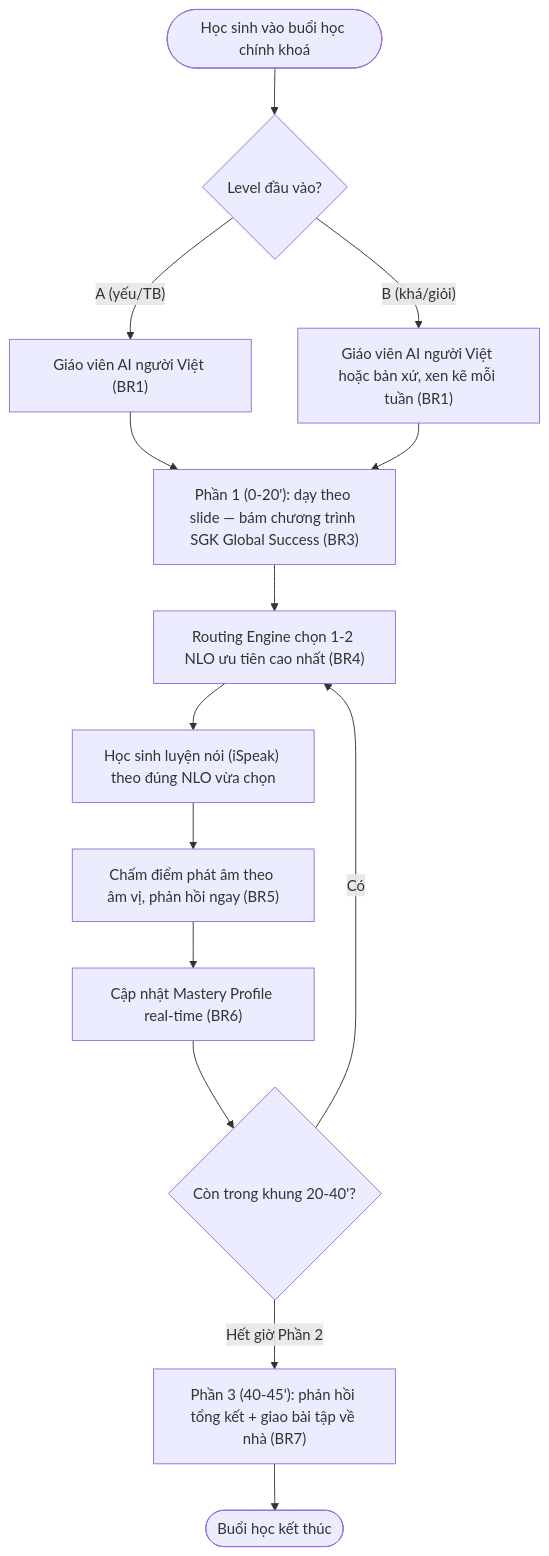
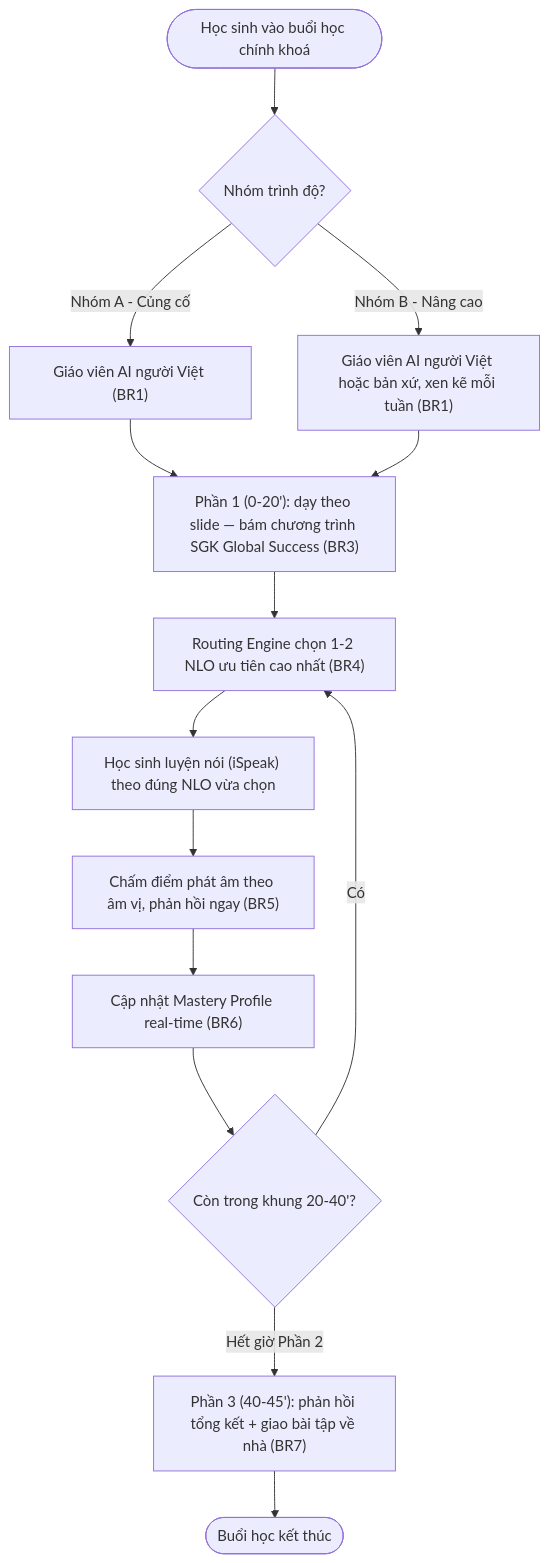
The diagram in 04_delivery/specs/ai-tutor/ai-tutor-1-1-buoi-hoc/AICNew-03-ai-tutor-1-1-buoi-hoc.md (landangedupia/edupia-product), drawn with Mermaid before and after one commit. The commit also changed other lines of this file and 37 other files, not shown here.

````diff
--- a/04_delivery/specs/ai-tutor/ai-tutor-1-1-buoi-hoc/AICNew-03-ai-tutor-1-1-buoi-hoc.md
+++ b/04_delivery/specs/ai-tutor/ai-tutor-1-1-buoi-hoc/AICNew-03-ai-tutor-1-1-buoi-hoc.md
@@ -140,17 +142,17 @@
 ```mermaid
 flowchart TD
-    START(["Học sinh vào buổi học chính khoá"]) --> LEVEL{"Level đầu vào?"}
-    LEVEL -->|"A (yếu/TB)"| TVN["Giáo viên AI người Việt (BR1)"]
-    LEVEL -->|"B (khá/giỏi)"| TMIX["Giáo viên AI người Việt hoặc bản xứ, xen kẽ mỗi tuần (BR1)"]
+    START(["Học sinh vào buổi học chính khoá"]) --> GROUP{"Nhóm trình độ?"}
+    GROUP -->|"Nhóm A - Củng cố"| TVN["Giáo viên AI người Việt (BR1)"]
+    GROUP -->|"Nhóm B - Nâng cao"| TMIX["Giáo viên AI người Việt hoặc bản xứ, xen kẽ mỗi tuần (BR1)"]
     P1["Phần 1 (0-20'): dạy theo slide — bám chương trình SGK Global Success (BR3)"]
     TVN --> P1
     TMIX --> P1
     P1 --> ROUTE["Routing Engine chọn 1-2 NLO ưu tiên cao nhất (BR4)"]
     ROUTE --> SPEAK["Học sinh luyện nói (iSpeak) theo đúng NLO vừa chọn"]
     SPEAK --> SCORE["Chấm điểm phát âm theo âm vị, phản hồi ngay (BR5)"]
     SCORE --> MASTERY["Cập nhật Mastery Profile real-time (BR6)"]
     MASTERY --> LOOP{"Còn trong khung 20-40'?"}
     LOOP -->|Có| ROUTE
     LOOP -->|Hết giờ Phần 2| P3["Phần 3 (40-45'): phản hồi tổng kết + giao bài tập về nhà (BR7)"]
     P3 --> END(["Buổi học kết thúc"])
 ```
````
